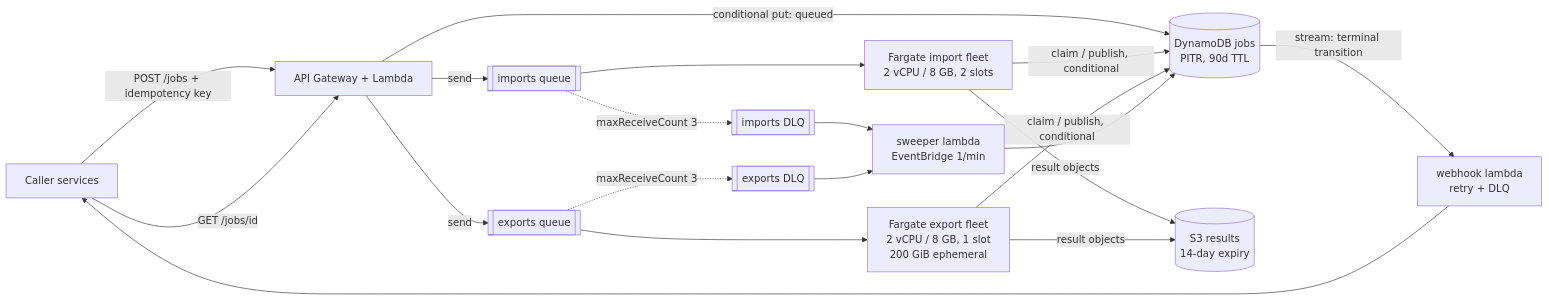
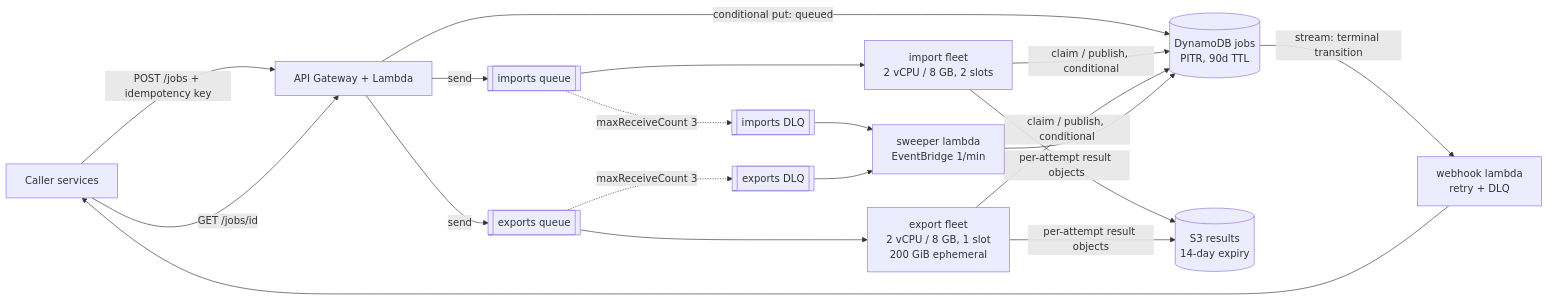
The diagram in itpipes-conversion-service/DESIGN.md (wkang11/OOP), drawn with Mermaid before and after one commit. The commit also changed other lines of this file, not shown here.

Commit message:
Tighten DESIGN.md to the two-page target and fix the export slot-count rule

````diff
--- a/itpipes-conversion-service/DESIGN.md
+++ b/itpipes-conversion-service/DESIGN.md
@@ -5,18 +5,18 @@
 ```mermaid
 flowchart LR
   C[Caller services] -->|POST /jobs + idempotency key| API[API Gateway + Lambda]
   API -->|conditional put: queued| DDB[(DynamoDB jobs<br/>PITR, 90d TTL)]
   API -->|send| QI[[imports queue]]
   API -->|send| QE[[exports queue]]
-  QI --> WI[Fargate import fleet<br/>2 vCPU / 8 GB, 2 slots]
-  QE --> WE[Fargate export fleet<br/>2 vCPU / 8 GB, 1 slot<br/>200 GiB ephemeral]
+  QI --> WI[import fleet<br/>2 vCPU / 8 GB, 2 slots]
+  QE --> WE[export fleet<br/>2 vCPU / 8 GB, 1 slot<br/>200 GiB ephemeral]
   QI -.maxReceiveCount 3.-> DLQI[[imports DLQ]]
   QE -.maxReceiveCount 3.-> DLQE[[exports DLQ]]
   WI & WE -->|claim / publish, conditional| DDB
-  WI & WE -->|result objects| S3[(S3 results<br/>14-day expiry)]
+  WI & WE -->|per-attempt result objects| S3[(S3 results<br/>14-day expiry)]
   DDB -->|stream: terminal transition| WH[webhook lambda<br/>retry + DLQ]
   WH --> C
   C -->|GET /jobs/id| API
   SW[sweeper lambda<br/>EventBridge 1/min] --> DDB
   DLQI & DLQE --> SW
 ```
````
